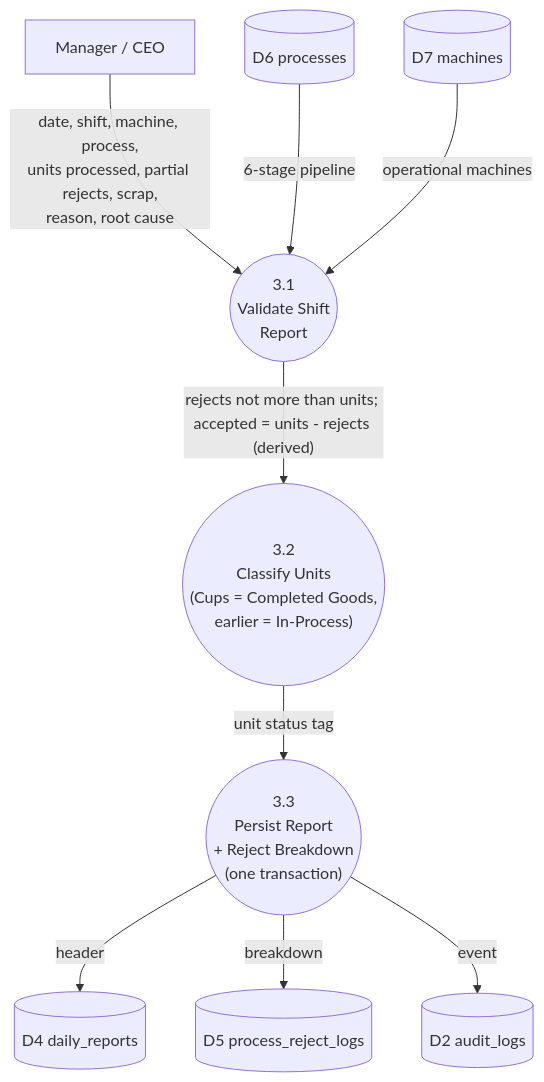
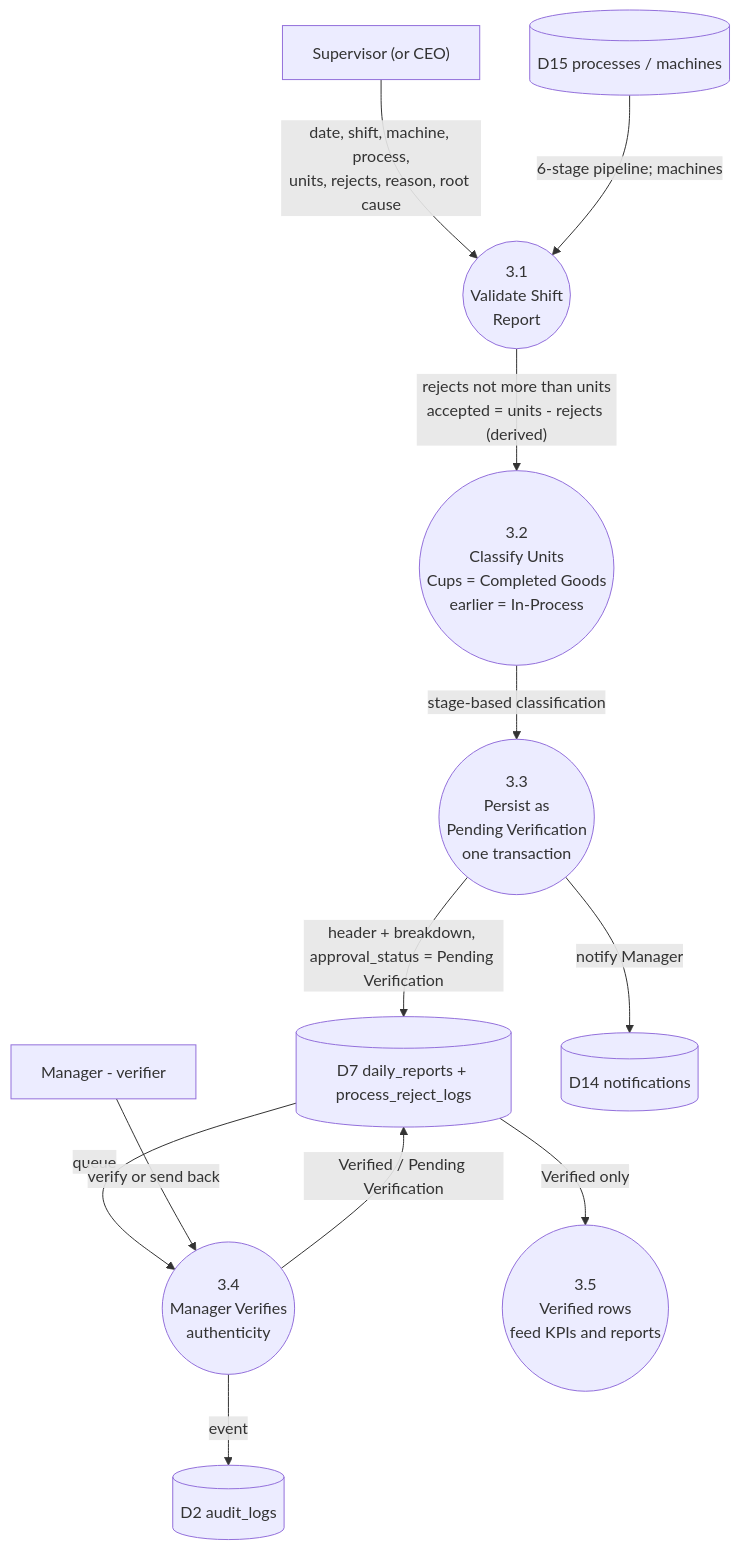
One commit to yohan-sudo/epms-local changed the sixth of 10 diagrams in docs/02-data-flow-diagrams.md. Above: the diagram before and after it, drawn with Mermaid. The commit also changed other lines of this file and 58 other files, not shown here.

````diff
--- a/docs/02-data-flow-diagrams.md
+++ b/docs/02-data-flow-diagrams.md
@@ -234,22 +345,28 @@
 ```mermaid
 graph TB
-    MGR["Manager / CEO"]
+    SUP["Supervisor (or CEO)"]
+    MGR["Manager - verifier"]
+
     P31(("3.1<br/>Validate Shift<br/>Report"))
-    P32(("3.2<br/>Classify Units<br/>(Cups = Completed Goods,<br/>earlier = In-Process)"))
-    P33(("3.3<br/>Persist Report<br/>+ Reject Breakdown<br/>(one transaction)"))
+    P32(("3.2<br/>Classify Units<br/>Cups = Completed Goods<br/>earlier = In-Process"))
+    P33(("3.3<br/>Persist as<br/>Pending Verification<br/>one transaction"))
+    P34(("3.4<br/>Manager Verifies<br/>authenticity"))
+    P35(("3.5<br/>Verified rows<br/>feed KPIs and reports"))
 
-    D4[("D4 daily_reports")]
-    D5[("D5 process_reject_logs")]
-    D6[("D6 processes")]
-    D7[("D7 machines")]
+    D7[("D7 daily_reports + process_reject_logs")]
+    D15[("D15 processes / machines")]
     D2[("D2 audit_logs")]
+    D14[("D14 notifications")]
 
-    MGR -->|"date, shift, machine, process,<br/>units processed, partial rejects, scrap,<br/>reason, root cause"| P31
-    D6 -->|"6-stage pipeline"| P31
-    D7 -->|"operational machines"| P31
-    P31 -->|"rejects not more than units; accepted = units - rejects (derived)"| P32
-    P32 -->|"unit status tag"| P33
-    P33 -->|"header"| D4
-    P33 -->|"breakdown"| D5
-    P33 -->|"event"| D2
+    SUP -->|"date, shift, machine, process,<br/>units, rejects, reason, root cause"| P31
+    D15 -->|"6-stage pipeline; machines"| P31
+    P31 -->|"rejects not more than units<br/>accepted = units - rejects (derived)"| P32
+    P32 -->|"stage-based classification"| P33
+    P33 -->|"header + breakdown, approval_status = Pending Verification"| D7
+    P33 -->|"notify Manager"| D14
+    D7 -->|"queue"| P34
+    MGR -->|"verify or send back"| P34
+    P34 -->|"Verified / Pending Verification"| D7
+    P34 -->|"event"| D2
+    D7 -->|"Verified only"| P35
 ```
````
